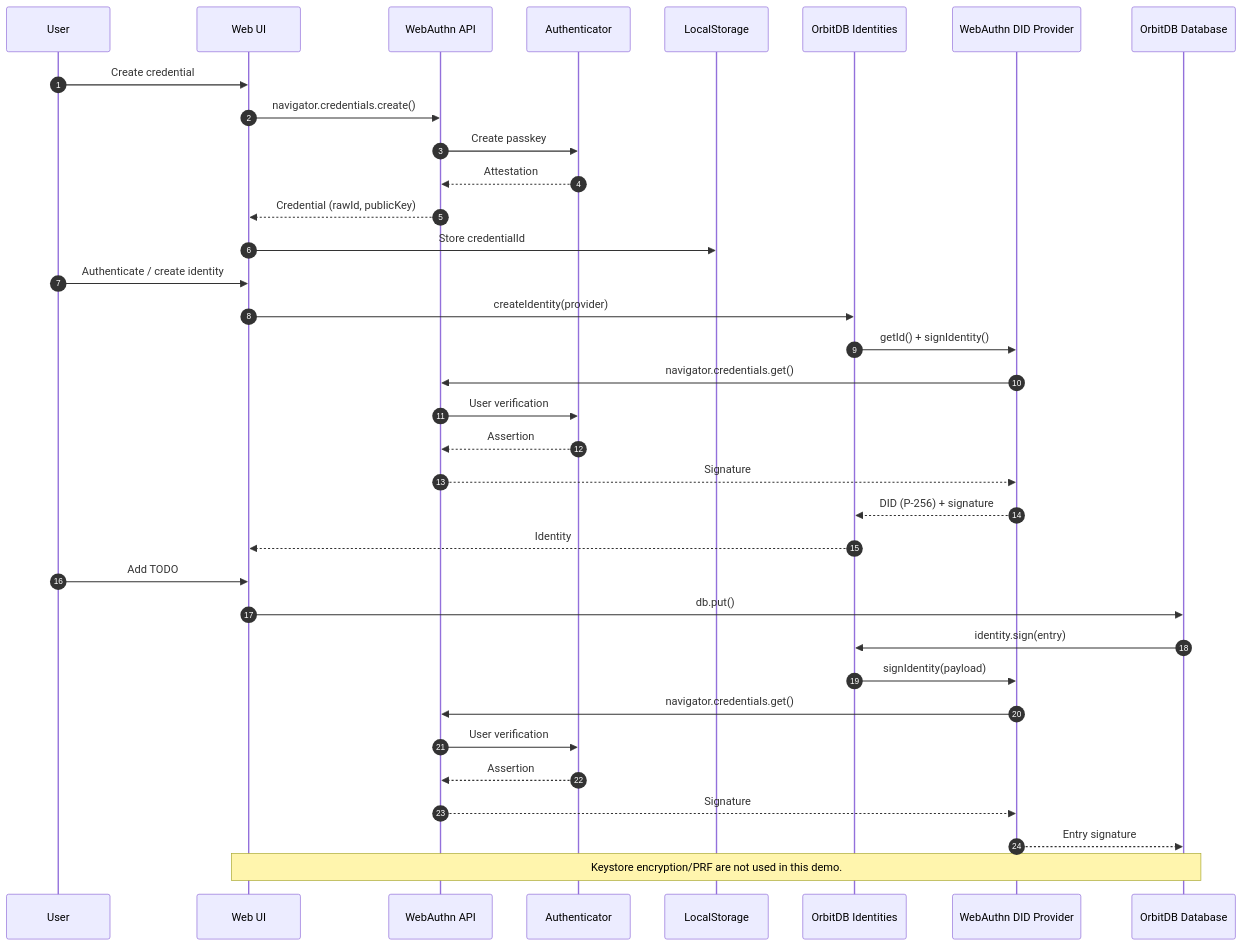
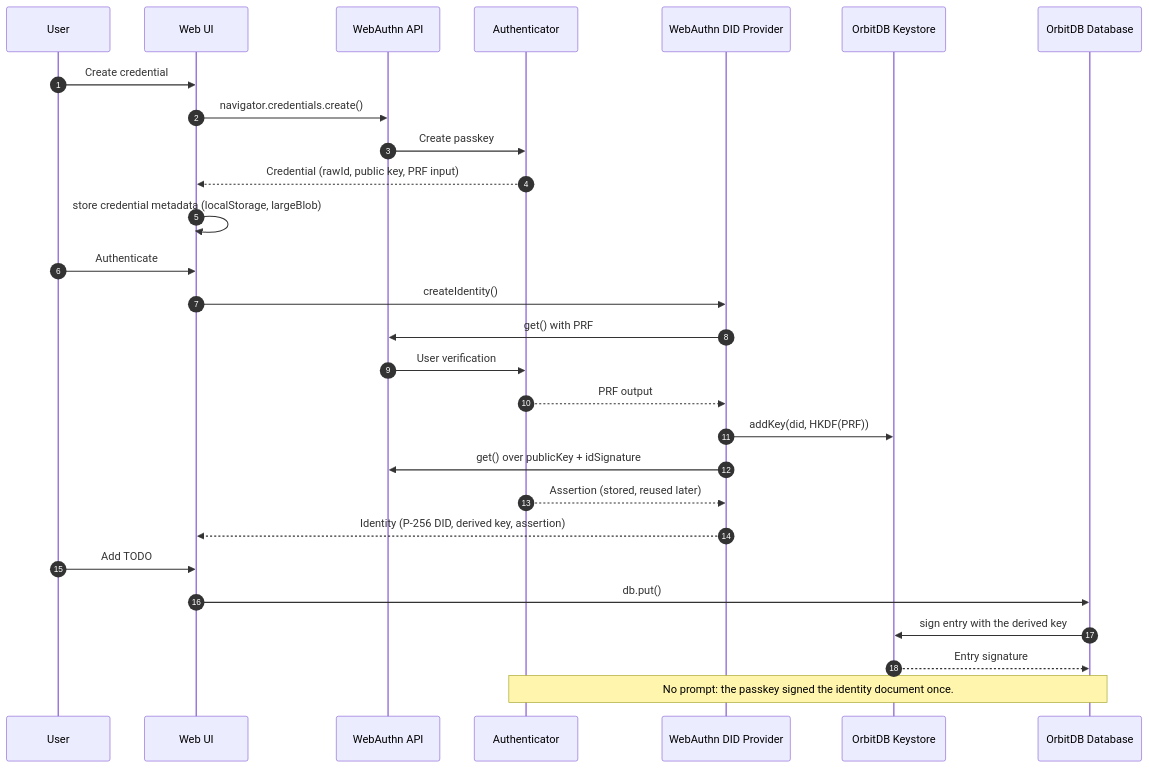
The diagram in examples/webauthn-todo-demo/README.md (Le-Space/orbitdb-identity-provider-webauthn-did), drawn with Mermaid before and after one commit. The commit also changed other lines of this file and 49 other files, not shown here.

````diff
--- a/examples/webauthn-todo-demo/README.md
+++ b/examples/webauthn-todo-demo/README.md
@@ -23,41 +79,33 @@
 ```mermaid
 sequenceDiagram
   autonumber
   participant User
   participant App as Web UI
   participant WebAuthn as WebAuthn API
   participant Auth as Authenticator
-  participant LS as LocalStorage
-  participant ID as OrbitDB Identities
   participant Prov as WebAuthn DID Provider
+  participant KS as OrbitDB Keystore
   participant DB as OrbitDB Database
 
   User->>App: Create credential
   App->>WebAuthn: navigator.credentials.create()
   WebAuthn->>Auth: Create passkey
-  Auth-->>WebAuthn: Attestation
-  WebAuthn-->>App: Credential (rawId, publicKey)
-  App->>LS: Store credentialId
+  Auth-->>App: Credential (rawId, public key, PRF input)
+  App->>App: store credential metadata (localStorage, largeBlob)
 
-  User->>App: Authenticate / create identity
-  App->>ID: createIdentity(provider)
-  ID->>Prov: getId() + signIdentity()
-  Prov->>WebAuthn: navigator.credentials.get()
+  User->>App: Authenticate
+  App->>Prov: createIdentity()
+  Prov->>WebAuthn: get() with PRF
   WebAuthn->>Auth: User verification
-  Auth-->>WebAuthn: Assertion
-  WebAuthn-->>Prov: Signature
-  Prov-->>ID: DID (P-256) + signature
-  ID-->>App: Identity
+  Auth-->>Prov: PRF output
+  Prov->>KS: addKey(did, HKDF(PRF))
+  Prov->>WebAuthn: get() over publicKey + idSignature
+  Auth-->>Prov: Assertion (stored, reused later)
+  Prov-->>App: Identity (P-256 DID, derived key, assertion)
 
   User->>App: Add TODO
   App->>DB: db.put()
-  DB->>ID: identity.sign(entry)
-  ID->>Prov: signIdentity(payload)
-  Prov->>WebAuthn: navigator.credentials.get()
-  WebAuthn->>Auth: User verification
-  Auth-->>WebAuthn: Assertion
-  WebAuthn-->>Prov: Signature
-  Prov-->>DB: Entry signature
-
-  Note over App,DB: Keystore encryption/PRF are not used in this demo.
+  DB->>KS: sign entry with the derived key
+  KS-->>DB: Entry signature
+  Note over Auth,DB: No prompt: the passkey signed the identity document once.
 ```
````
